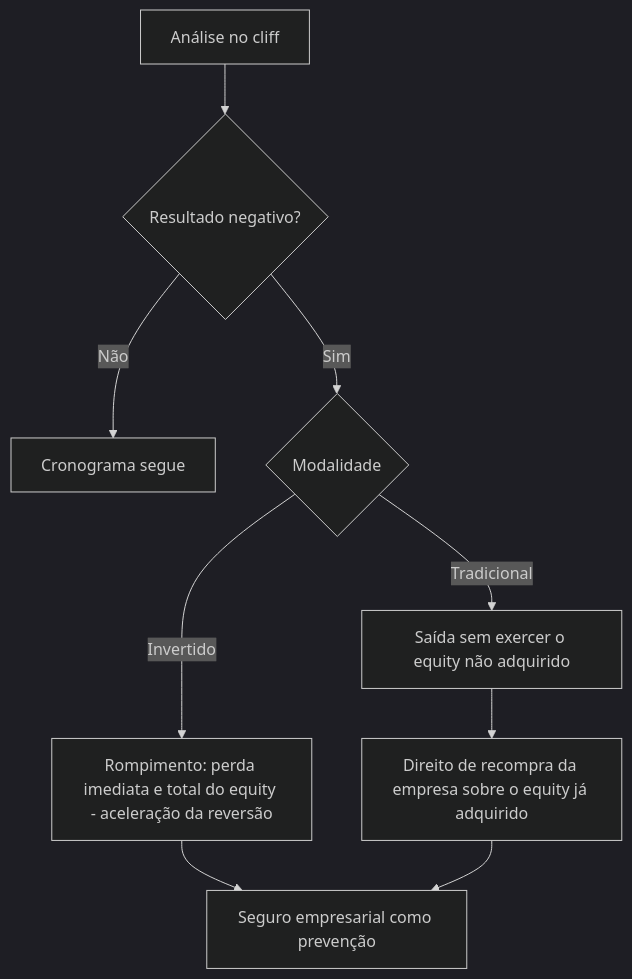
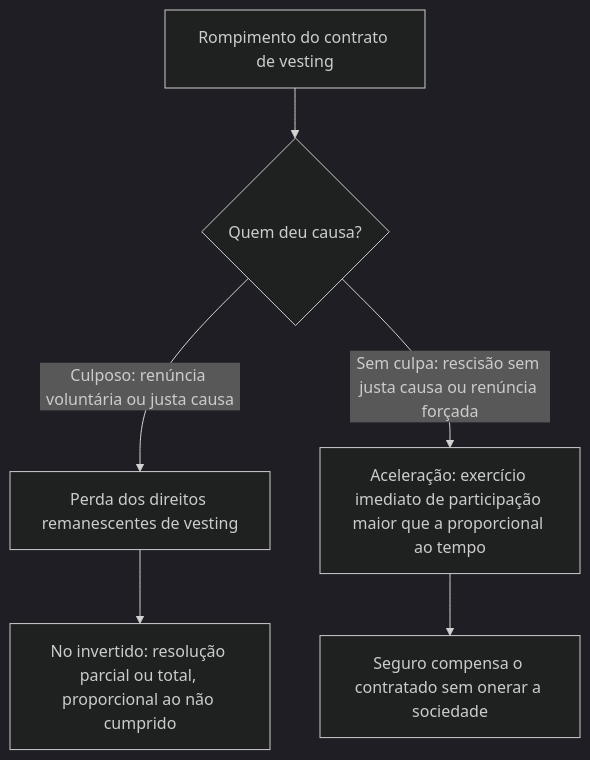
One commit to Luiz-Torminn/personal-obsidian-vault changed the diagram in My_voices/Zettelkasten/Permanent/Vesting Termination and Acceleration.md. Above: the diagram before and after it, drawn with Mermaid (dark theme). The commit also changed other lines of this file and 2 other files, not shown here.

````diff
--- a/My_voices/Zettelkasten/Permanent/Vesting Termination and Acceleration.md
+++ b/My_voices/Zettelkasten/Permanent/Vesting Termination and Acceleration.md
@@ -25,11 +35,8 @@
 ```mermaid
 flowchart TD
-    R[Análise no cliff] --> N{Resultado negativo?}
-    N -->|Não| K[Cronograma segue]
-    N -->|Sim| M{Modalidade}
-    M -->|Invertido| A[Rompimento: perda imediata e total do equity - aceleração da reversão]
-    M -->|Tradicional| E[Saída sem exercer o equity não adquirido]
-    E --> B[Direito de recompra da empresa sobre o equity já adquirido]
-    A --> I[Seguro empresarial como prevenção]
-    B --> I
+    R[Rompimento do contrato de vesting] --> Q{Quem deu causa?}
+    Q -->|Culposo: renúncia voluntária ou justa causa| P[Perda dos direitos remanescentes de vesting]
+    Q -->|Sem culpa: rescisão sem justa causa ou renúncia forçada| A[Aceleração: exercício imediato de participação maior que a proporcional ao tempo]
+    P --> RES[No invertido: resolução parcial ou total, proporcional ao não cumprido]
+    A --> SEG[Seguro compensa o contratado sem onerar a sociedade]
 ```
````
